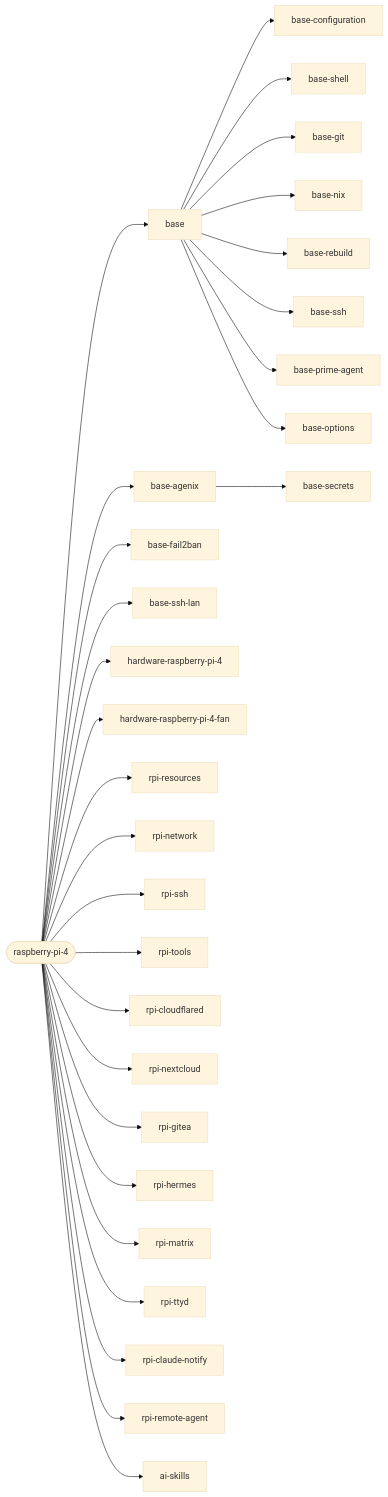
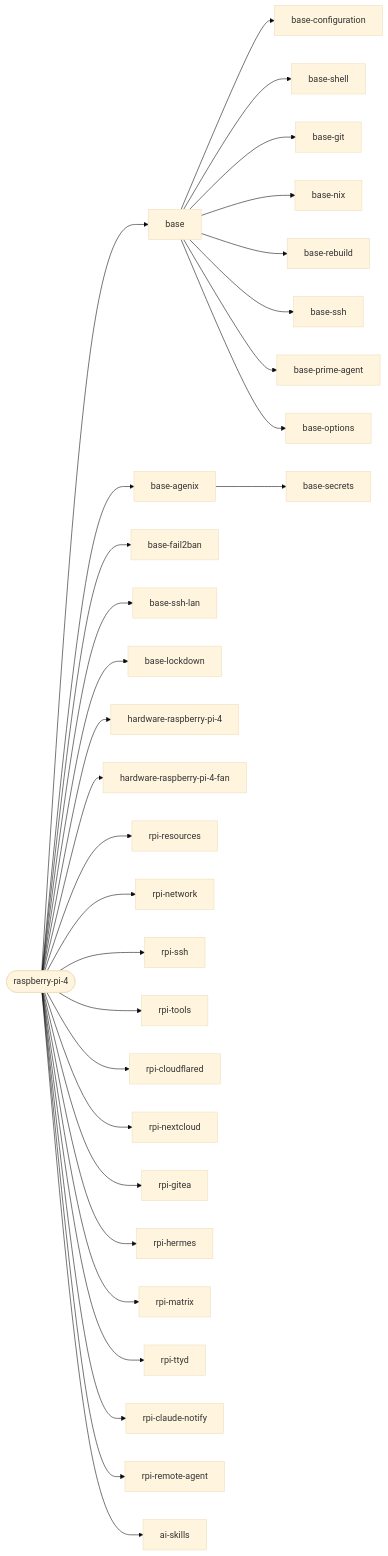
Before and after one commit to janusz-bit/nixos: the second of 3 diagrams in docs/reference/hosts.md, drawn with Mermaid (base theme). The commit also changed other lines of this file and 13 other files, not shown here.

First line of the commit message:
base: add lockdown, an emergency cut-off of everything but ssh

````diff
--- a/docs/reference/hosts.md
+++ b/docs/reference/hosts.md
@@ -120,32 +122,33 @@
 ```mermaid
 flowchart LR
   host_raspberry_pi_4([raspberry-pi-4])
   host_raspberry_pi_4 --> base[base]
   host_raspberry_pi_4 --> base_agenix[base-agenix]
   host_raspberry_pi_4 --> base_fail2ban[base-fail2ban]
   host_raspberry_pi_4 --> base_ssh_lan[base-ssh-lan]
+  host_raspberry_pi_4 --> base_lockdown[base-lockdown]
   host_raspberry_pi_4 --> hardware_raspberry_pi_4[hardware-raspberry-pi-4]
   host_raspberry_pi_4 --> hardware_raspberry_pi_4_fan[hardware-raspberry-pi-4-fan]
   host_raspberry_pi_4 --> rpi_resources[rpi-resources]
   host_raspberry_pi_4 --> rpi_network[rpi-network]
   host_raspberry_pi_4 --> rpi_ssh[rpi-ssh]
   host_raspberry_pi_4 --> rpi_tools[rpi-tools]
   host_raspberry_pi_4 --> rpi_cloudflared[rpi-cloudflared]
   host_raspberry_pi_4 --> rpi_nextcloud[rpi-nextcloud]
   host_raspberry_pi_4 --> rpi_gitea[rpi-gitea]
   host_raspberry_pi_4 --> rpi_hermes[rpi-hermes]
   host_raspberry_pi_4 --> rpi_matrix[rpi-matrix]
   host_raspberry_pi_4 --> rpi_ttyd[rpi-ttyd]
   host_raspberry_pi_4 --> rpi_claude_notify[rpi-claude-notify]
   host_raspberry_pi_4 --> rpi_remote_agent[rpi-remote-agent]
   host_raspberry_pi_4 --> ai_skills[ai-skills]
   base --> base_configuration[base-configuration]
   base --> base_shell[base-shell]
   base --> base_git[base-git]
   base --> base_nix[base-nix]
   base --> base_rebuild[base-rebuild]
   base --> base_ssh[base-ssh]
   base --> base_prime_agent[base-prime-agent]
   base --> base_options[base-options]
   base_agenix --> base_secrets[base-secrets]
 ```
````
